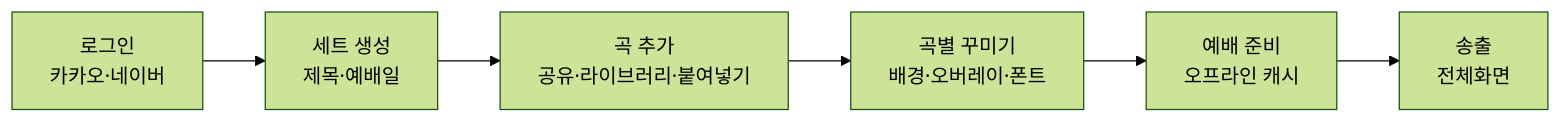
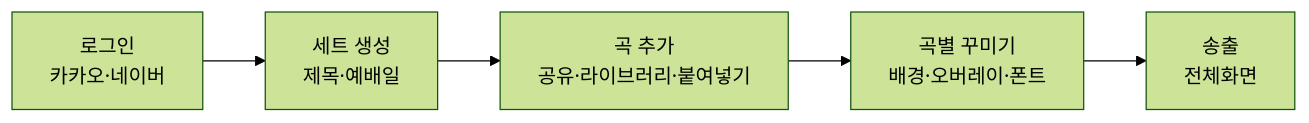
One commit to SIKU-KR/BangSongTeam changed the diagram in prd.md. Above: the diagram before and after it, drawn with Mermaid (forest theme). The commit also changed other lines of this file and 41 other files, not shown here.

````diff
--- a/prd.md
+++ b/prd.md
@@ -177,8 +177,7 @@
 ```mermaid
 flowchart LR
   A[로그인<br/>카카오·네이버] --> B[세트 생성<br/>제목·예배일]
   B --> C[곡 추가<br/>공유·라이브러리·붙여넣기]
   C --> D[곡별 꾸미기<br/>배경·오버레이·폰트]
-  D --> E[예배 준비<br/>오프라인 캐시]
-  E --> F[송출<br/>전체화면]
+  D --> F[송출<br/>전체화면]
 ```
````
